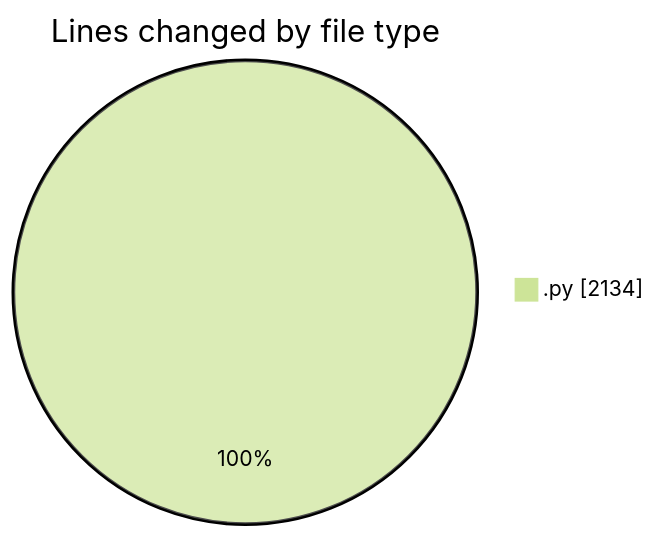
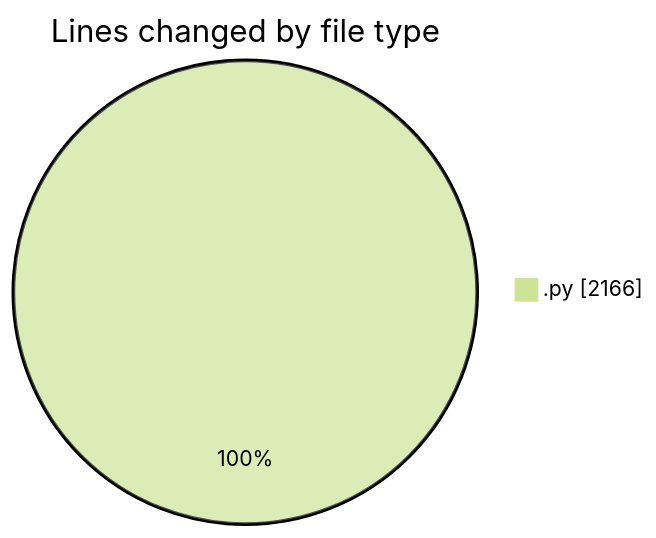
The first of 2 diagrams in 2025-04-19/myws__workspace_/README.md (MatusMokan/code-tracking), drawn with Mermaid (forest theme) before and after one commit. The commit also changed other lines of this file and 1 other file, not shown here.

````diff
--- a/2025-04-19/myws__workspace_/README.md
+++ b/2025-04-19/myws__workspace_/README.md
@@ -24,5 +24,5 @@
 ```mermaid
 pie showData
 title Lines changed by file type
-".py" : 2134
+".py" : 2166
 ```
````
